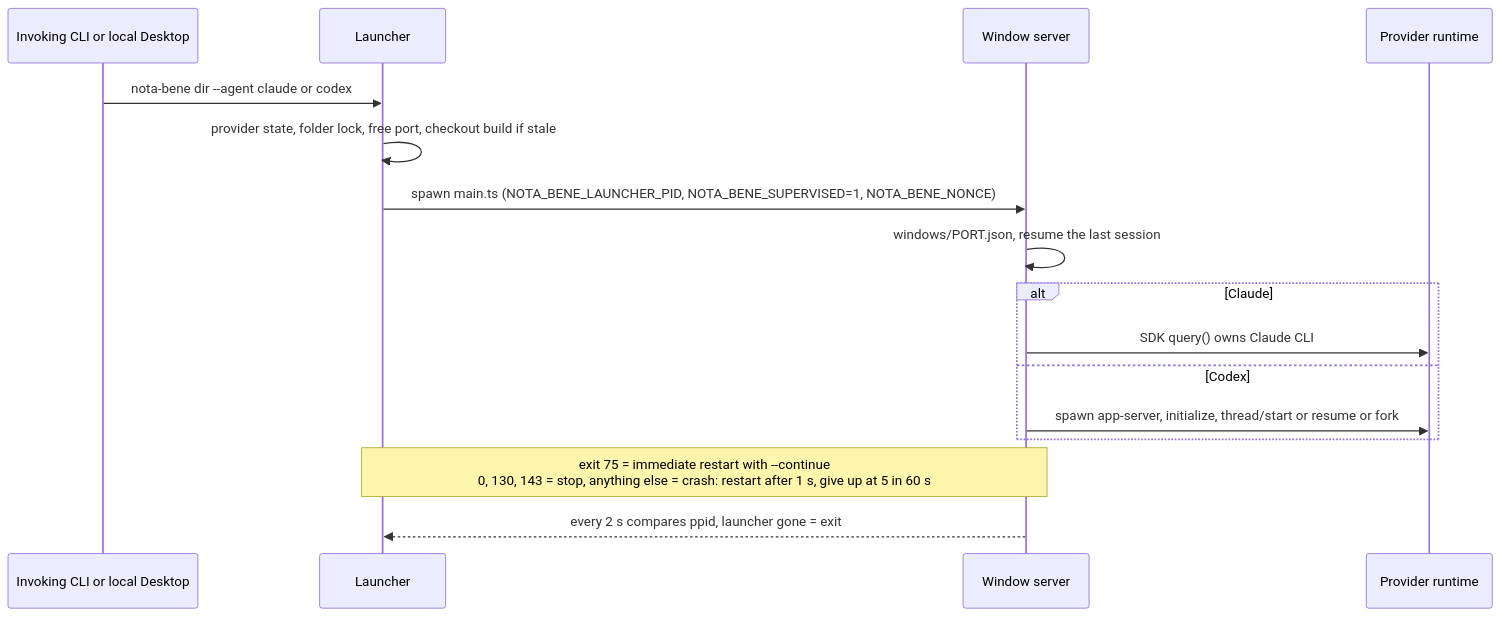
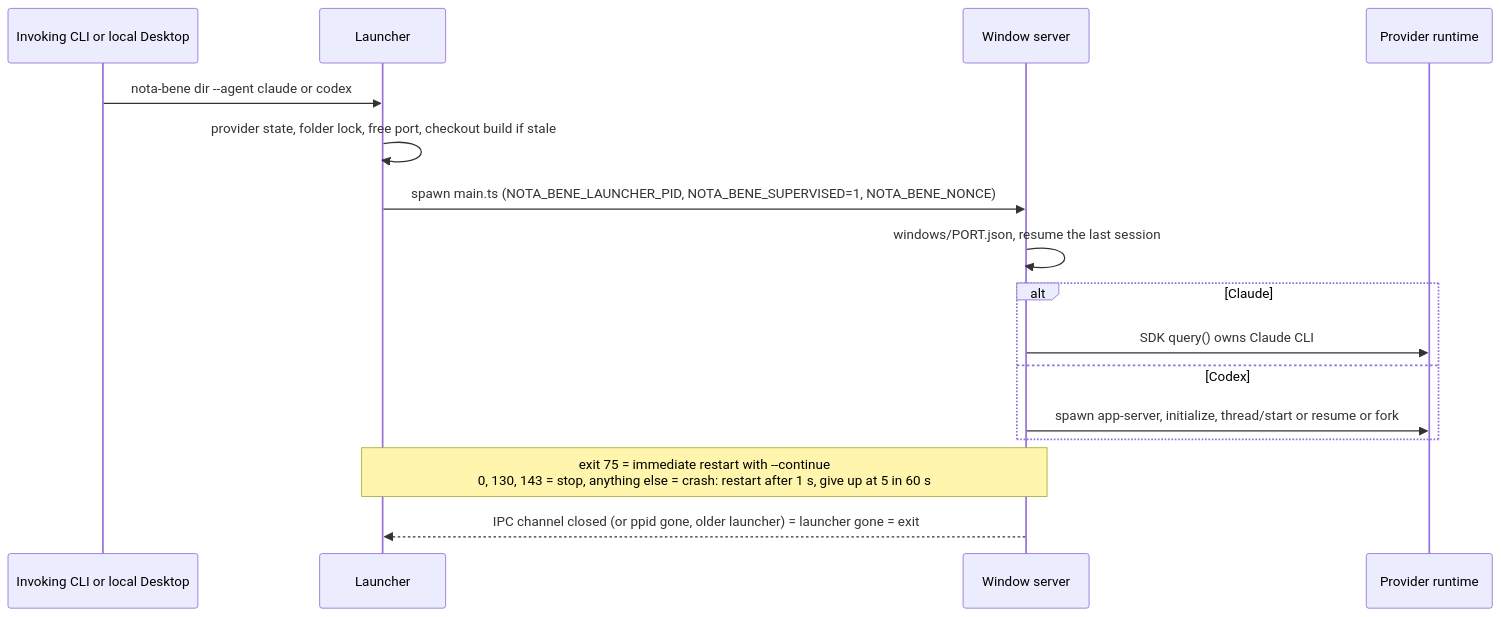
Before and after one commit to iCubeDm/nota-bene-ide: the second of 4 diagrams in docs/architecture.md, drawn with Mermaid. The commit also changed other lines of this file and 155 other files, not shown here.

````diff
--- a/docs/architecture.md
+++ b/docs/architecture.md
@@ -73,18 +73,18 @@
 ```mermaid
 sequenceDiagram
   participant CC as Invoking CLI or local Desktop
   participant L as Launcher
   participant S as Window server
   participant A as Provider runtime
   CC->>L: nota-bene dir --agent claude or codex
   L->>L: provider state, folder lock, free port, checkout build if stale
   L->>S: spawn main.ts (NOTA_BENE_LAUNCHER_PID, NOTA_BENE_SUPERVISED=1, NOTA_BENE_NONCE)
   S->>S: windows/PORT.json, resume the last session
   alt Claude
     S->>A: SDK query() owns Claude CLI
   else Codex
     S->>A: spawn app-server, initialize, thread/start or resume or fork
   end
   Note over S,L: exit 75 = immediate restart with --continue<br/>0, 130, 143 = stop, anything else = crash: restart after 1 s, give up at 5 in 60 s
-  S-->>L: every 2 s compares ppid, launcher gone = exit
+  S-->>L: IPC channel closed (or ppid gone, older launcher) = launcher gone = exit
 ```
````
